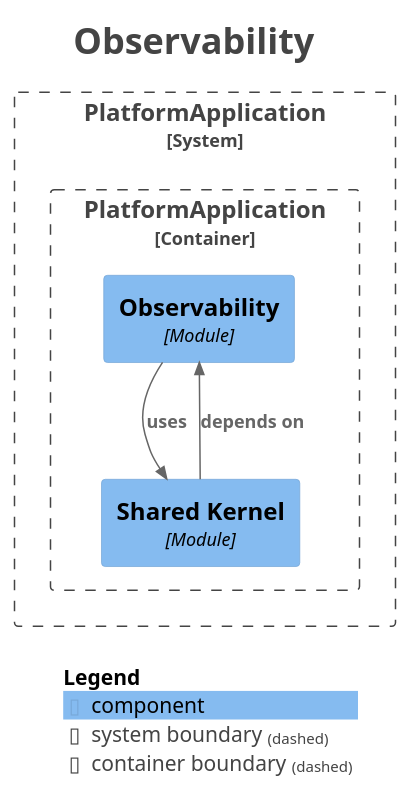
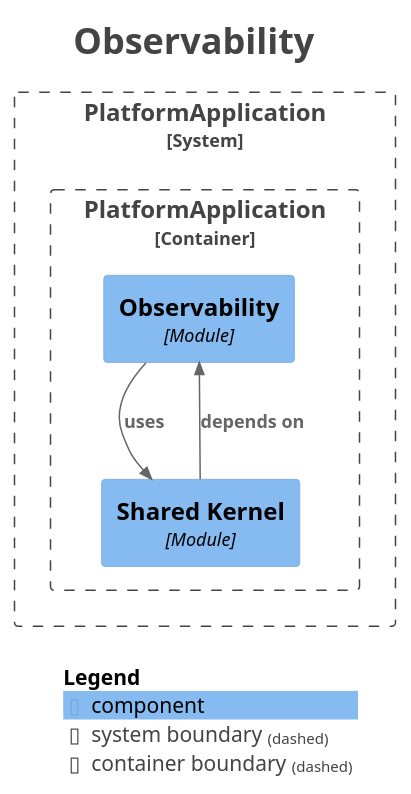
Before and after one commit to shangxq007/media-platform: the diagram in platform-app/docs/architecture/maps/generated/modulith/module-observability.puml, drawn with PlantUML. The commit also changed other lines of this file and 44 other files, not shown here.

First line of the commit message:
fix(gcr1): deterministic architecture map generation — canonical Rel-block ordering (Phase B)

```diff
--- a/platform-app/docs/architecture/maps/generated/modulith/module-observability.puml
+++ b/platform-app/docs/architecture/maps/generated/modulith/module-observability.puml
@@ -1,31 +1,31 @@
 @startuml
 title <size:24>Observability</size>
 
 set separator none
 top to bottom direction
 
 <style>
   root {
     BackgroundColor: #ffffff
     FontColor: #444444
   }
 </style>
 
 !include <C4/C4>
 !include <C4/C4_Context>
 !include <C4/C4_Component>
 
 System_Boundary("PlatformApplication_boundary", "PlatformApplication", $tags="") {
   Container_Boundary("PlatformApplication.PlatformApplication_boundary", "PlatformApplication", $tags="") {
     Component(PlatformApplication.PlatformApplication.Observability, "Observability", $techn="Module", $descr="", $tags="", $link="")
     Component(PlatformApplication.PlatformApplication.SharedKernel, "Shared Kernel", $techn="Module", $descr="", $tags="", $link="")
   }
 
 }
 
+Rel(PlatformApplication.PlatformApplication.Observability, PlatformApplication.PlatformApplication.SharedKernel, "uses", $techn="", $tags="", $link="")
 Rel(PlatformApplication.PlatformApplication.SharedKernel, PlatformApplication.PlatformApplication.Observability, "depends on", $techn="", $tags="", $link="")
-Rel(PlatformApplication.PlatformApplication.Observability, PlatformApplication.PlatformApplication.SharedKernel, "uses", $techn="", $tags="", $link="")
 
 SHOW_LEGEND(true)
 hide stereotypes
 @enduml
```
